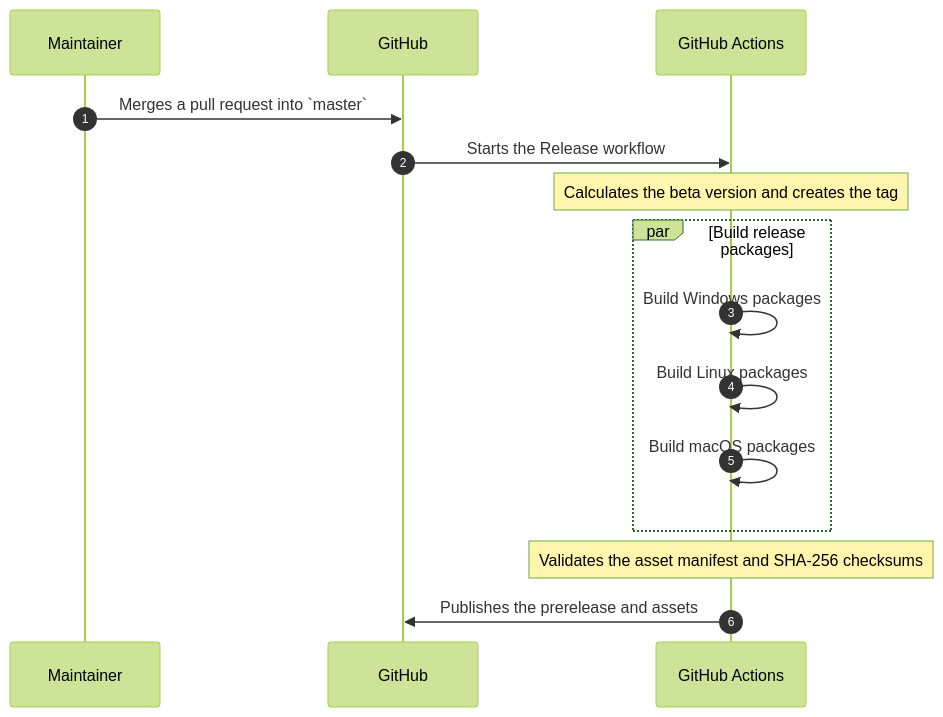
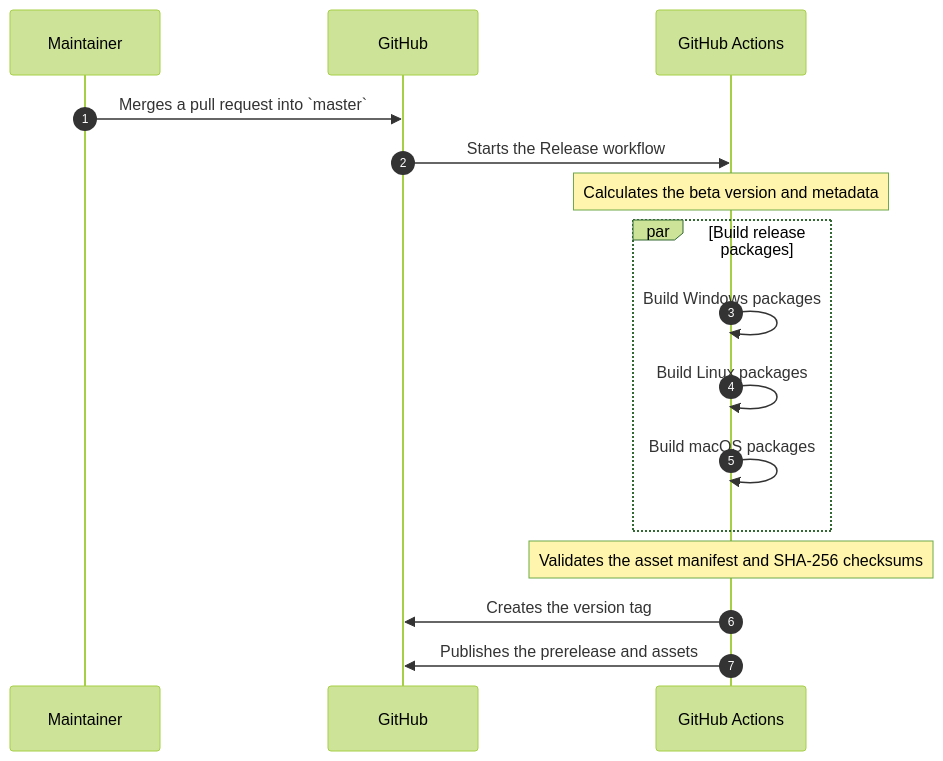
The diagram in doc/How-Releases-Are-Made.md (OmniSharp/omnisharp-roslyn), drawn with Mermaid (forest theme) before and after one commit. The commit also changed other lines of this file and 2 other files, not shown here.

First line of the commit message:
Preserve release version metadata

````diff
--- a/doc/How-Releases-Are-Made.md
+++ b/doc/How-Releases-Are-Made.md
@@ -20,14 +21,15 @@
 ```mermaid
 sequenceDiagram
   autonumber
   Maintainer ->> GitHub: Merges a pull request into `master`
   GitHub ->> GitHub Actions: Starts the Release workflow
-  note over GitHub Actions: Calculates the beta version and creates the tag
+  note over GitHub Actions: Calculates the beta version and metadata
   par Build release packages
     GitHub Actions ->> GitHub Actions: Build Windows packages
     GitHub Actions ->> GitHub Actions: Build Linux packages
     GitHub Actions ->> GitHub Actions: Build macOS packages
   end
   note over GitHub Actions: Validates the asset manifest and SHA-256 checksums
+  GitHub Actions ->> GitHub: Creates the version tag
   GitHub Actions ->> GitHub: Publishes the prerelease and assets
 ```
````
